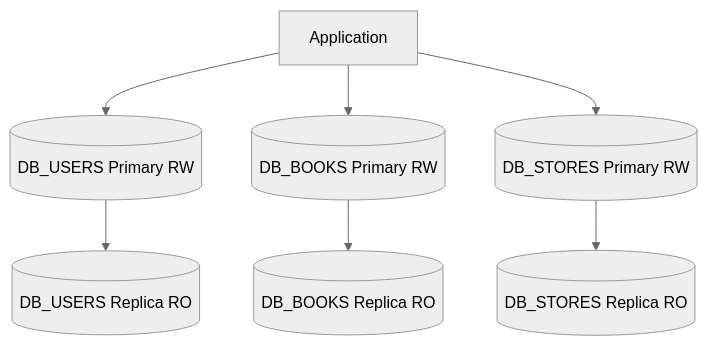
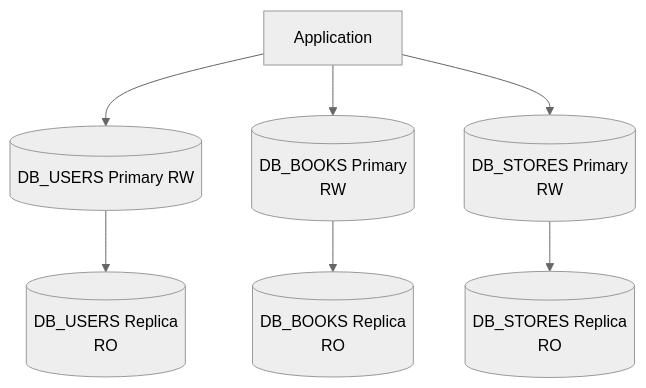
The first of 2 diagrams in README.md (acider19/8-01-hw), drawn with Mermaid (neutral theme) before and after one commit. The commit also changed other lines of this file, not shown here.

Commit message:
Исправлены диаграммы

````diff
--- a/README.md
+++ b/README.md
@@ -90,10 +90,10 @@
 ```mermaid
 flowchart TB
   APP[Application] --> U[(DB_USERS Primary RW)]
-  APP --> B[(DB_BOOKS Primary RW)]
-  APP --> S[(DB_STORES Primary RW)]
+  APP --> B[(DB_BOOKS Primary<br/>RW)]
+  APP --> S[(DB_STORES Primary<br/>RW)]
 
-  U --> URO[(DB_USERS Replica RO)]
-  B --> BRO[(DB_BOOKS Replica RO)]
-  S --> SRO[(DB_STORES Replica RO)]
+  U --> URO[(DB_USERS Replica<br/>RO)]
+  B --> BRO[(DB_BOOKS Replica<br/>RO)]
+  S --> SRO[(DB_STORES Replica<br/>RO)]
 ```
````
